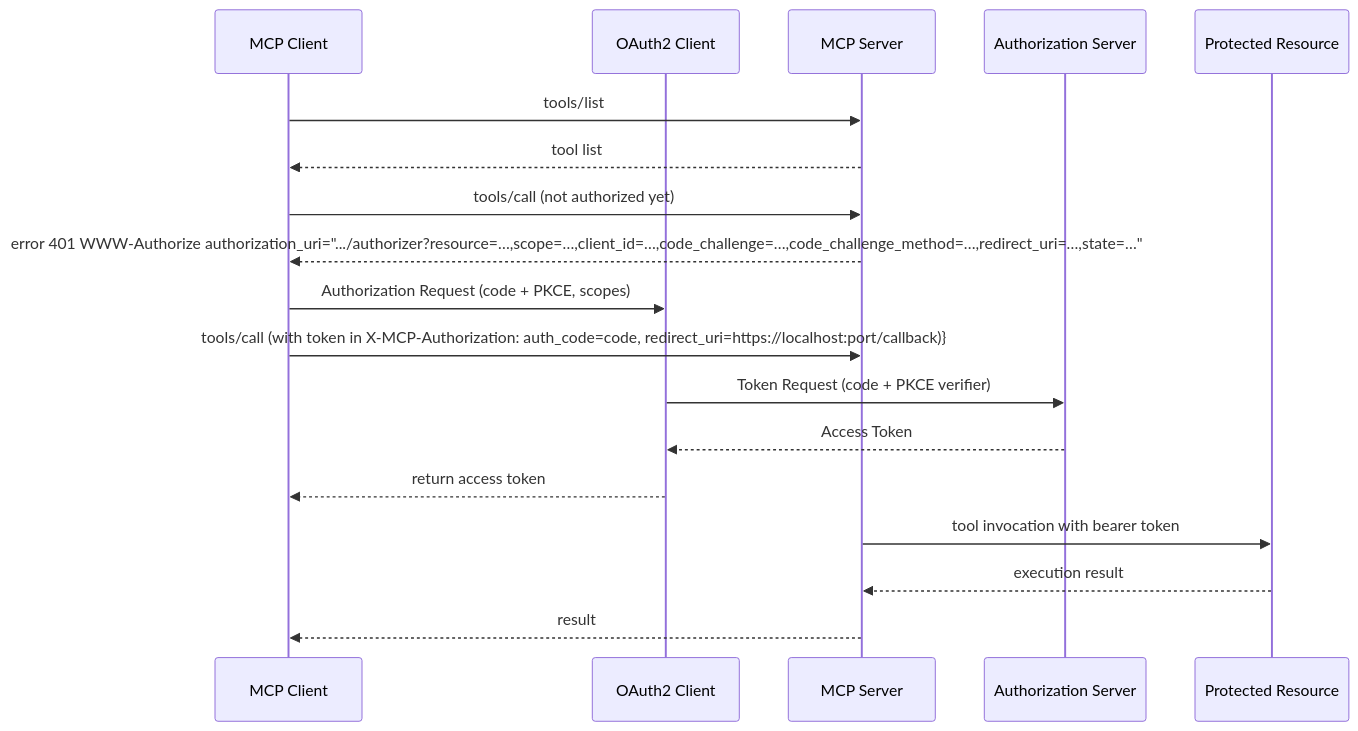
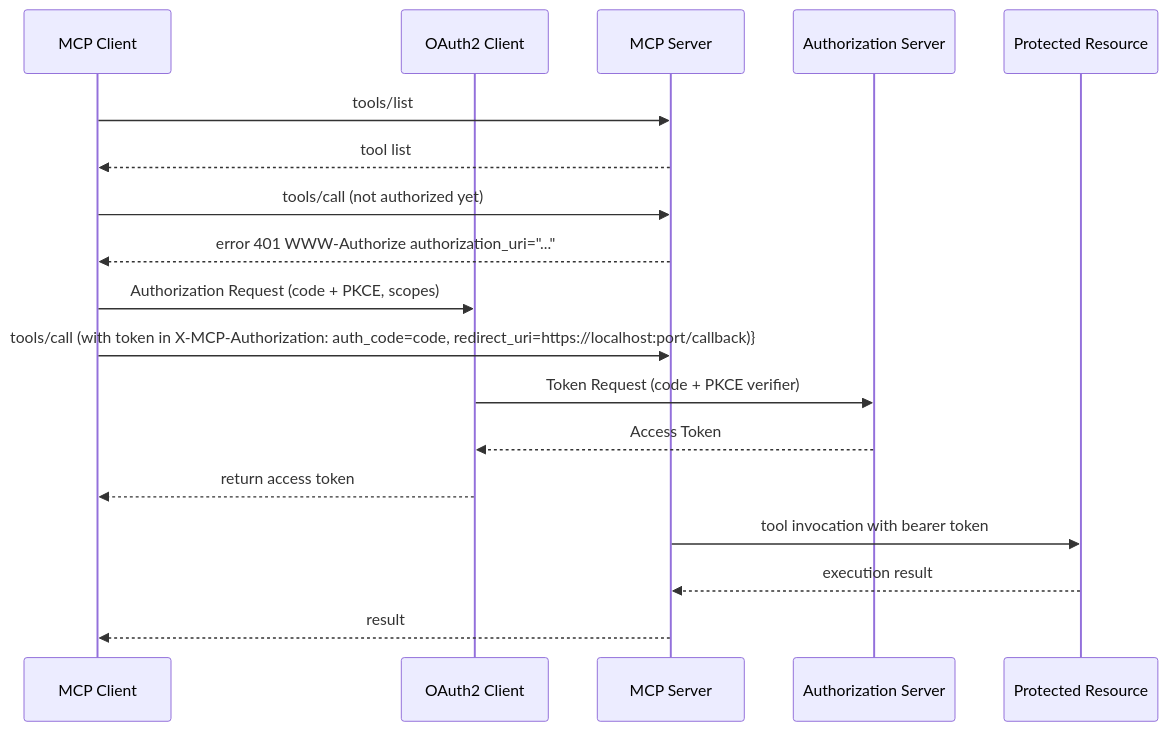
One commit to viant/mcp changed the first of 2 diagrams in proposal.md. Above: the diagram before and after it, drawn with Mermaid. The commit also changed other lines of this file, not shown here.

````diff
--- a/proposal.md
+++ b/proposal.md
@@ -344,23 +344,23 @@
 ```mermaid
 sequenceDiagram
     participant MCP_Client as MCP Client
     participant OAuth2_Client as OAuth2 Client
     participant MCP_Server as MCP Server
     participant Auth_Server as Authorization Server
     participant Resource as Protected Resource
 
     MCP_Client->>MCP_Server: tools/list
     MCP_Server-->>MCP_Client: tool list 
 
     MCP_Client->>MCP_Server: tools/call (not authorized yet)
-    MCP_Server-->>MCP_Client: error 401 WWW-Authorize authorization_uri=".../authorizer?resource=…,scope=…,client_id=…,code_challenge=…,code_challenge_method=…,redirect_uri=…,state=…"
+    MCP_Server-->>MCP_Client: error 401 WWW-Authorize authorization_uri="..."
     MCP_Client->>OAuth2_Client:  Authorization Request (code + PKCE, scopes)
     
     MCP_Client->>MCP_Server: tools/call (with token in X-MCP-Authorization: auth_code=code, redirect_uri=https://localhost:port/callback)}
     OAuth2_Client->>Auth_Server: Token Request (code + PKCE verifier)
     Auth_Server-->>OAuth2_Client: Access Token
     OAuth2_Client-->>MCP_Client: return access token
     MCP_Server->>Resource: tool invocation with bearer token
     Resource-->>MCP_Server: execution result
     MCP_Server-->>MCP_Client: result
 ```
````
